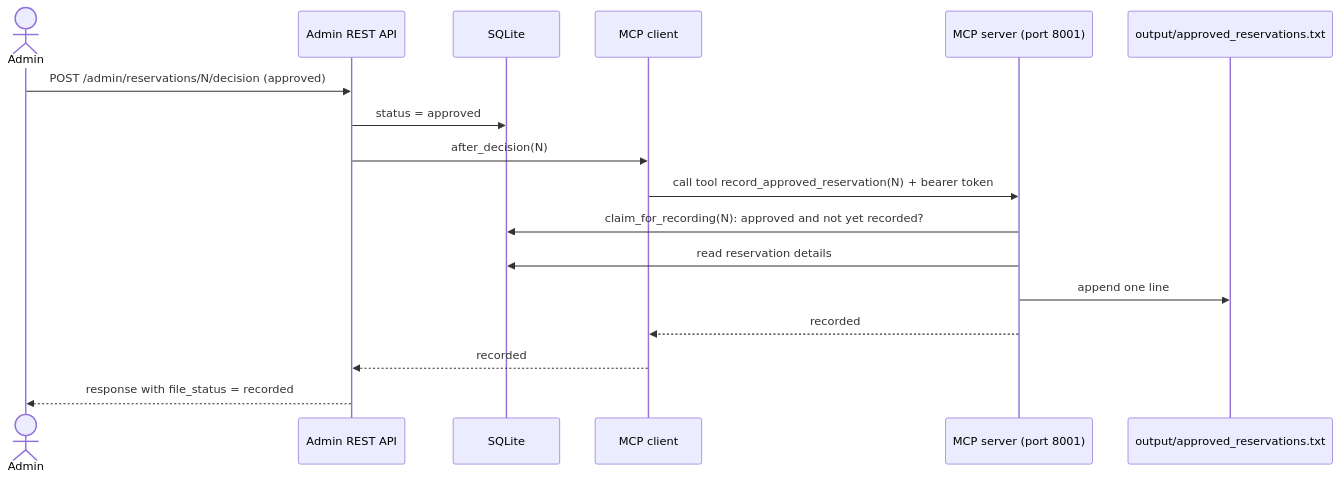
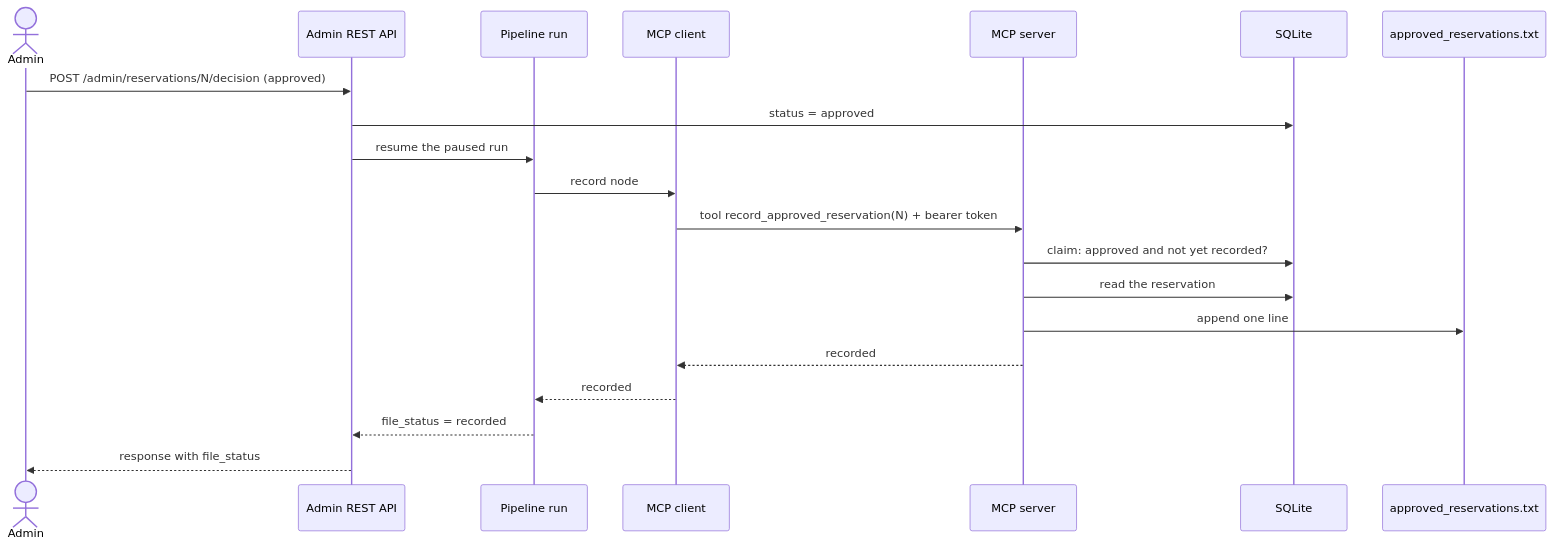
One commit to Sandro-Chopikashvili/Chatbot-for-Parking-Space-Reservation changed the fourth of 4 diagrams in README.md. Above: the diagram before and after it, drawn with Mermaid. The commit also changed other lines of this file and 13 other files, not shown here.

````diff
--- a/README.md
+++ b/README.md
@@ -116,20 +144,23 @@
 ```mermaid
 sequenceDiagram
     actor Admin
     participant API as Admin REST API
+    participant P as Pipeline run
+    participant C as MCP client
+    participant S as MCP server
     participant DB as SQLite
-    participant C as MCP client
-    participant S as MCP server (port 8001)
-    participant F as output/approved_reservations.txt
+    participant F as approved_reservations.txt
 
     Admin->>API: POST /admin/reservations/N/decision (approved)
     API->>DB: status = approved
-    API->>C: after_decision(N)
-    C->>S: call tool record_approved_reservation(N) + bearer token
-    S->>DB: claim_for_recording(N): approved and not yet recorded?
-    S->>DB: read reservation details
+    API->>P: resume the paused run
+    P->>C: record node
+    C->>S: tool record_approved_reservation(N) + bearer token
+    S->>DB: claim: approved and not yet recorded?
+    S->>DB: read the reservation
     S->>F: append one line
     S-->>C: recorded
-    C-->>API: recorded
-    API-->>Admin: response with file_status = recorded
+    C-->>P: recorded
+    P-->>API: file_status = recorded
+    API-->>Admin: response with file_status
 ```
````
